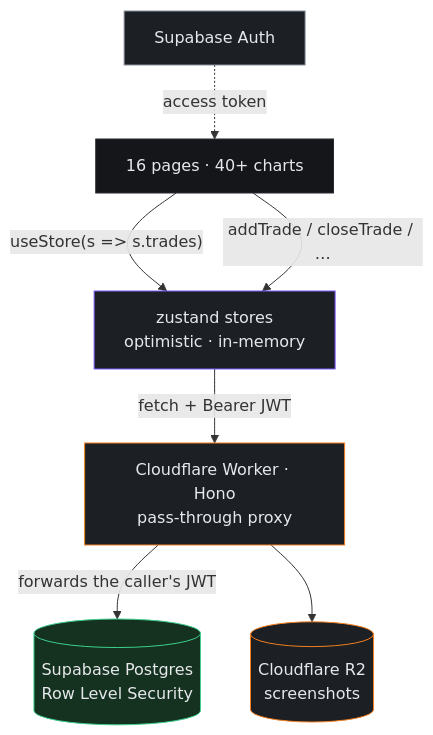
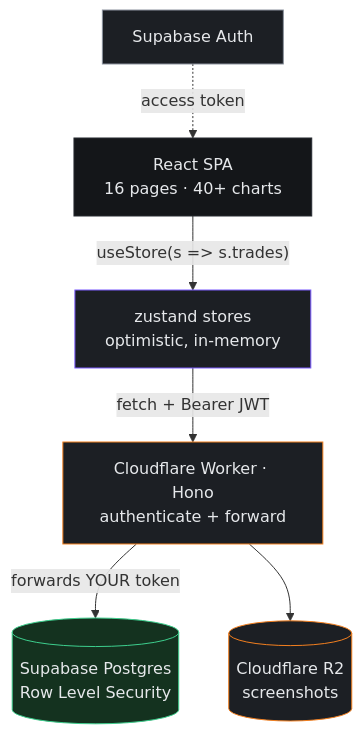
Before and after one commit to Saurabh-0312/LedgerX: the second of 2 diagrams in README.md, drawn with Mermaid. The commit also changed other lines of this file, not shown here.

````diff
--- a/README.md
+++ b/README.md
@@ -239,16 +136,22 @@
 ```mermaid
 flowchart TD
-    P["16 pages · 40+ charts"] -- "useStore(s => s.trades)" --> S["zustand stores<br/>optimistic · in-memory"]
-    P -- "addTrade / closeTrade / …" --> S
-    S -- "fetch + Bearer JWT" --> W["Cloudflare Worker · Hono<br/>pass-through proxy"]
-    W -- "forwards the caller's JWT" --> DB[("Supabase Postgres<br/>Row Level Security")]
-    W --> R2[("Cloudflare R2<br/>screenshots")]
-    A["Supabase Auth"] -. "access token" .-> P
+    P["React SPA<br/>16 pages · 40+ charts"]
+    S["zustand stores<br/>optimistic, in-memory"]
+    W["Cloudflare Worker · Hono<br/>authenticate + forward"]
+    DB[("Supabase Postgres<br/>Row Level Security")]
+    R2[("Cloudflare R2<br/>screenshots")]
+    A["Supabase Auth"]
+
+    P -- "useStore(s => s.trades)" --> S
+    S -- "fetch + Bearer JWT" --> W
+    W -- "forwards YOUR token" --> DB
+    W --> R2
+    A -. "access token" .-> P
 
     style S fill:#1c1f24,stroke:#7c5cff,color:#e6e8eb
     style W fill:#1c1f24,stroke:#f38020,color:#e6e8eb
     style DB fill:#14321f,stroke:#3ecf8e,color:#e6e8eb
     style R2 fill:#1c1f24,stroke:#f38020,color:#e6e8eb
     style A fill:#1c1f24,stroke:#8b929d,color:#e6e8eb
     style P fill:#141619,stroke:#262a31,color:#e6e8eb
 ```
````
